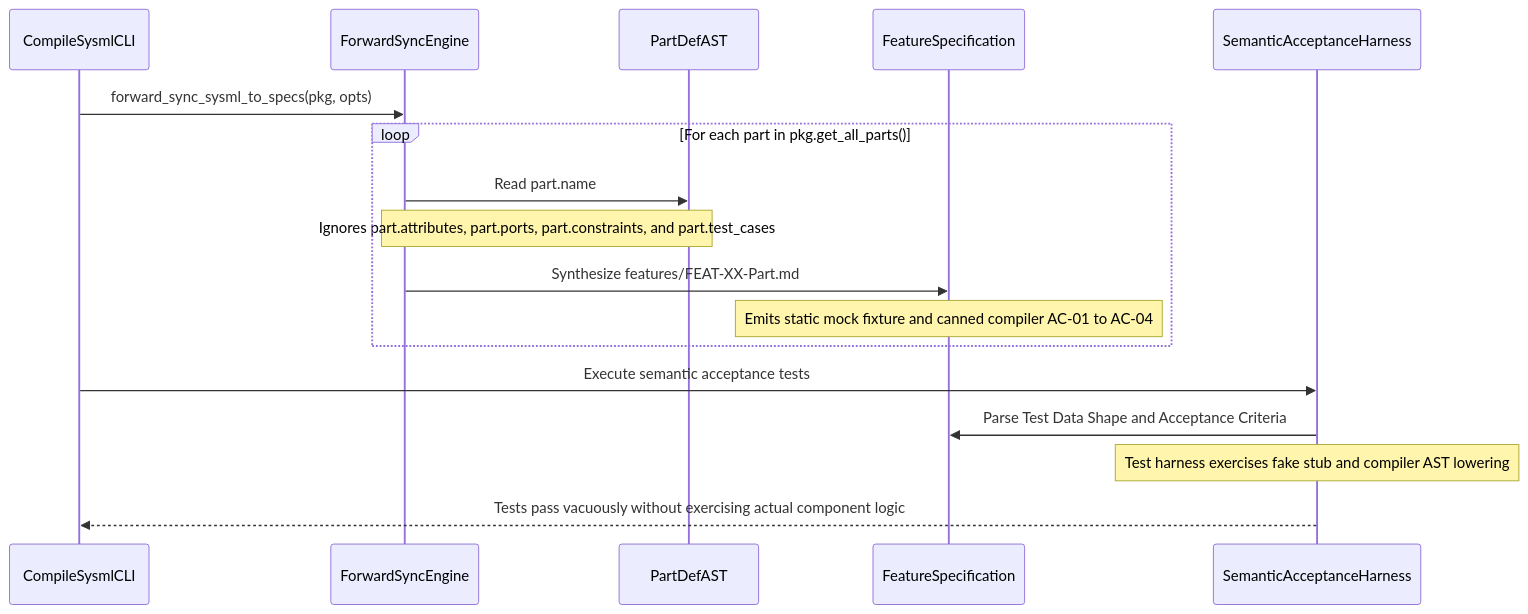
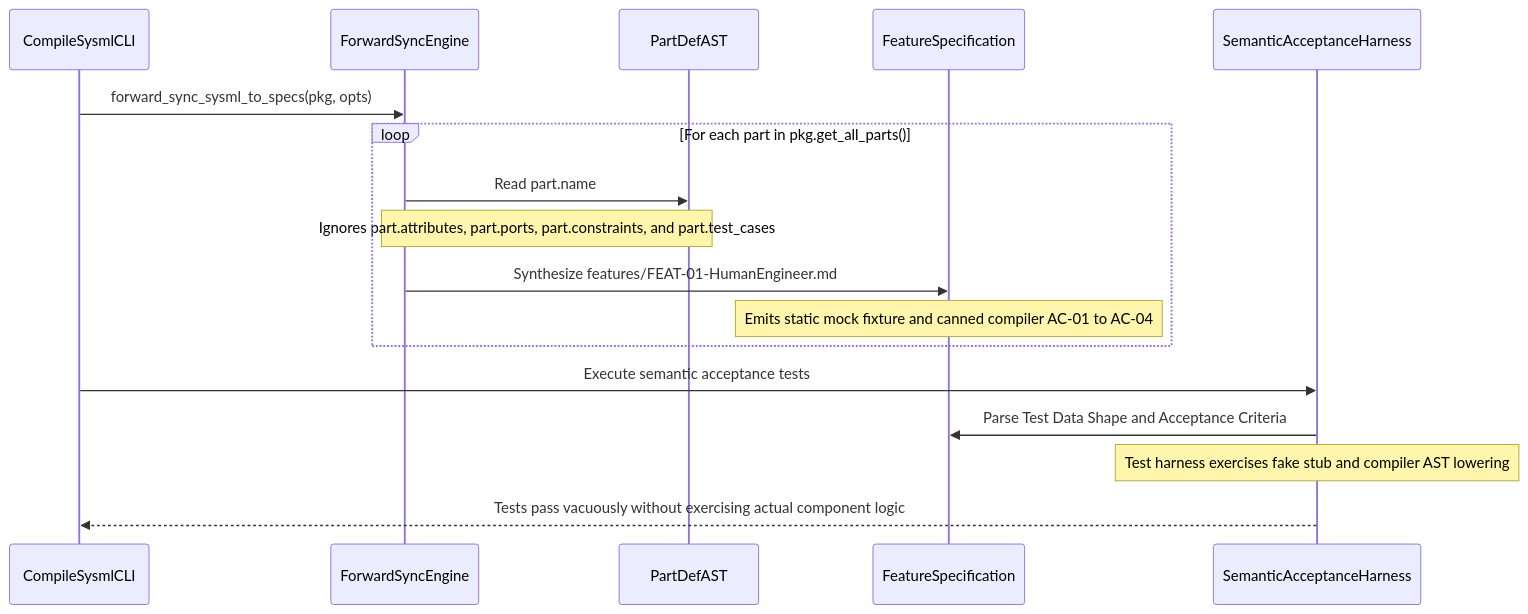
Before and after one commit to gintatkinson/dumpiler-01: diagram 13 of 20 in docs/reports/MERMAID_RENDERING_VERIFICATION.md, drawn with Mermaid. The commit also changed other lines of this file and 218 other files, not shown here.

````diff
--- a/docs/reports/MERMAID_RENDERING_VERIFICATION.md
+++ b/docs/reports/MERMAID_RENDERING_VERIFICATION.md
@@ -583,20 +585,20 @@
 ```mermaid
 sequenceDiagram
     participant CLI as CompileSysmlCLI
     participant Fwd as ForwardSyncEngine
     participant AST as PartDefAST
     participant Spec as FeatureSpecification
     participant Test as SemanticAcceptanceHarness
 
     CLI->>Fwd: forward_sync_sysml_to_specs(pkg, opts)
     loop For each part in pkg.get_all_parts()
         Fwd->>AST: Read part.name
         Note over Fwd,AST: Ignores part.attributes, part.ports, part.constraints, and part.test_cases
-        Fwd->>Spec: Synthesize features/FEAT-XX-Part.md
+        Fwd->>Spec: Synthesize features/FEAT-01-HumanEngineer.md
         Note over Spec: Emits static mock fixture and canned compiler AC-01 to AC-04
     end
     CLI->>Test: Execute semantic acceptance tests
     Test->>Spec: Parse Test Data Shape and Acceptance Criteria
     Note over Test: Test harness exercises fake stub and compiler AST lowering
     Test-->>CLI: Tests pass vacuously without exercising actual component logic
 ```
````
